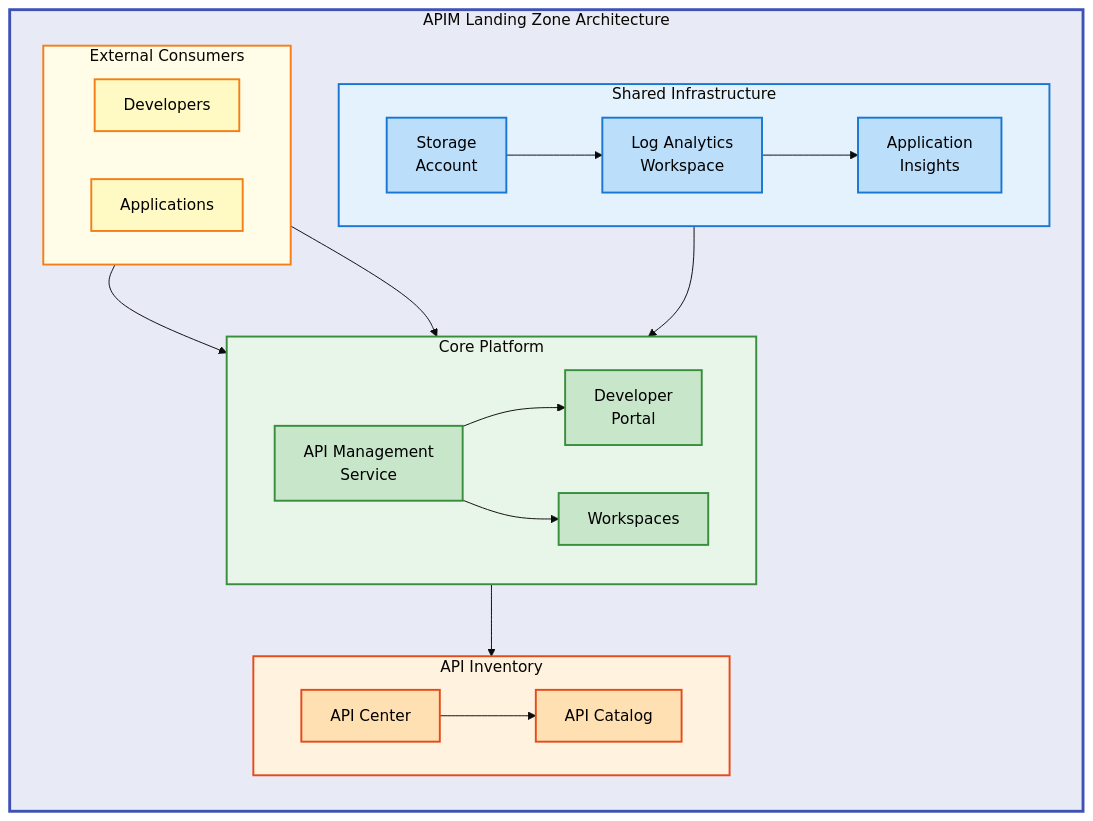
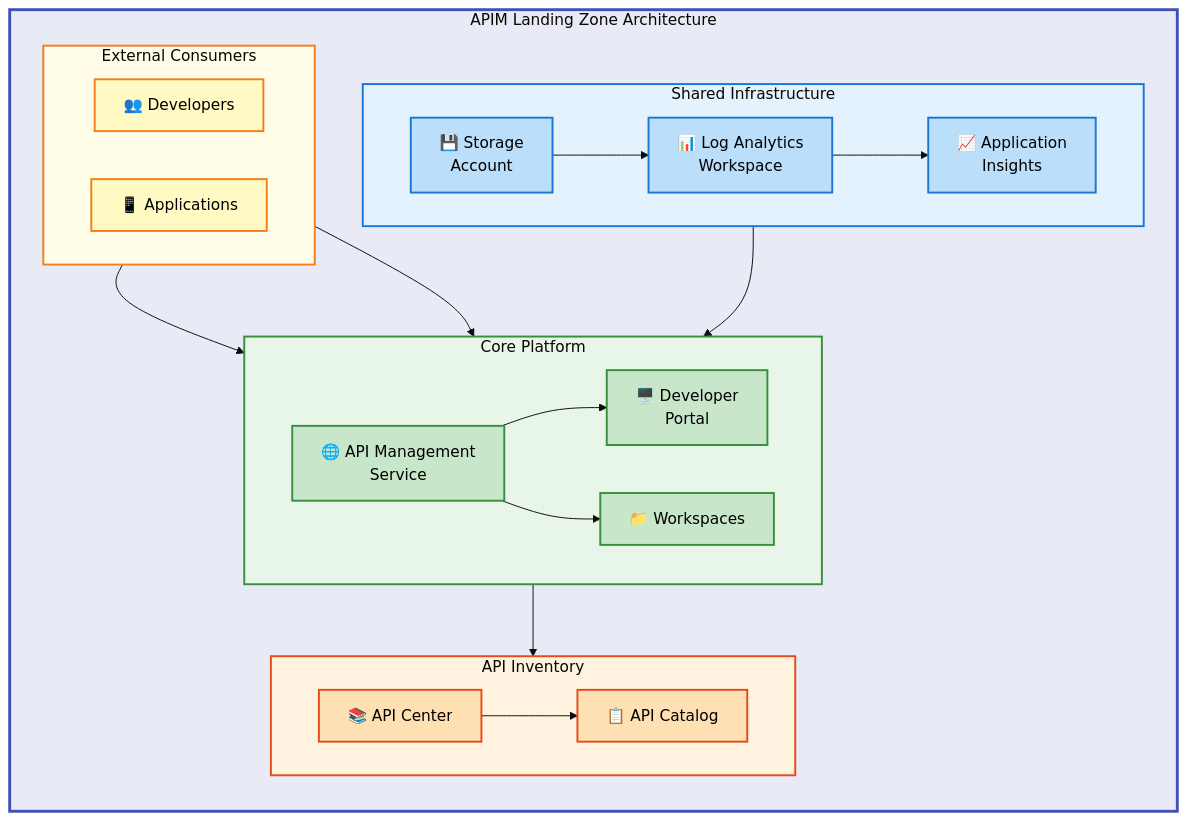
Before and after one commit to Evilazaro/APIM-Accelerator: the diagram in README.md, drawn with Mermaid (base theme).

Commit message:
Enhance architecture diagram in README.md with detailed metadata and improved accessibility features

````diff
--- a/README.md
+++ b/README.md
@@ -38,39 +38,74 @@
 ```mermaid
-%%{init: {"flowchart": {"htmlLabels": false}} }%%
+---
+config:
+  flowchart:
+    htmlLabels: false
+---
 flowchart TB
+    accTitle: APIM Landing Zone Architecture
+    accDescr: Shows the layered architecture of the APIM Accelerator including shared infrastructure, core platform, API inventory, and external consumers with their interconnections
+
+    %% ============================================
+    %% DIAGRAM METADATA
+    %% Title: APIM Landing Zone Architecture
+    %% Purpose: Visualize enterprise API platform components
+    %% Version: 1.0.0 | Updated: 2025-02-05
+    %% ============================================
+
+    %% ============================================
+    %% STANDARD COLOR SCHEME v2.1
+    %% ============================================
+    %% HIERARCHICAL (structural nesting):
+    %%   Level 1: #E8EAF6 (Indigo 50) - Main container
+    %%   Level 2: Semantic colors for functional siblings
+    %% SEMANTIC (functional purpose):
+    %%   Blue=#BBDEFB (Monitoring), Green=#C8E6C9 (Platform)
+    %%   Orange=#FFE0B2 (Governance), Yellow=#FFF9C4 (External)
+    %% ============================================
+
+    %% Full classDef palette (14 required)
+    classDef level1Group fill:#E8EAF6,stroke:#3F51B5,stroke-width:3px,color:#000
+    classDef level2Group fill:#C5CAE9,stroke:#3F51B5,stroke-width:2px,color:#000
+    classDef level3Group fill:#9FA8DA,stroke:#3F51B5,stroke-width:2px,color:#000
+    classDef level4Group fill:#7986CB,stroke:#3F51B5,stroke-width:1px,color:#000
     classDef mainGroup fill:#E8EAF6,stroke:#3F51B5,stroke-width:3px,color:#000
+    classDef subGroup fill:#C5CAE9,stroke:#3F51B5,stroke-width:2px,color:#000
     classDef mdBlue fill:#BBDEFB,stroke:#1976D2,stroke-width:2px,color:#000
     classDef mdGreen fill:#C8E6C9,stroke:#388E3C,stroke-width:2px,color:#000
+    classDef mdYellow fill:#FFF9C4,stroke:#F57F17,stroke-width:2px,color:#000
+    classDef mdRed fill:#FFCDD2,stroke:#D32F2F,stroke-width:2px,color:#000
     classDef mdOrange fill:#FFE0B2,stroke:#E64A19,stroke-width:2px,color:#000
-    classDef mdYellow fill:#FFF9C4,stroke:#F57F17,stroke-width:2px,color:#000
+    classDef mdPurple fill:#E1BEE7,stroke:#7B1FA2,stroke-width:2px,color:#000
+    classDef mdTeal fill:#B2DFDB,stroke:#00796B,stroke-width:2px,color:#000
+    classDef mdGrey fill:#F5F5F5,stroke:#616161,stroke-width:2px,color:#000
 
     subgraph platform["APIM Landing Zone Architecture"]
         direction TB
 
         subgraph shared["Shared Infrastructure"]
             direction LR
-            law["Log Analytics<br/>Workspace"]:::mdBlue
-            appins["Application<br/>Insights"]:::mdBlue
-            storage["Storage<br/>Account"]:::mdBlue
+            law["📊 Log Analytics<br/>Workspace"]:::mdBlue
+            appins["📈 Application<br/>Insights"]:::mdBlue
+            storage["💾 Storage<br/>Account"]:::mdBlue
         end
 
         subgraph core["Core Platform"]
             direction LR
-            apim["API Management<br/>Service"]:::mdGreen
-            portal["Developer<br/>Portal"]:::mdGreen
-            workspaces["Workspaces"]:::mdGreen
+            apim["🌐 API Management<br/>Service"]:::mdGreen
+            portal["🖥️ Developer<br/>Portal"]:::mdGreen
+            workspaces["📁 Workspaces"]:::mdGreen
         end
 
         subgraph inventory["API Inventory"]
             direction LR
-            apicenter["API Center"]:::mdOrange
-            catalog["API Catalog"]:::mdOrange
+            apicenter["📚 API Center"]:::mdOrange
+            catalog["📋 API Catalog"]:::mdOrange
         end
 
         subgraph external["External Consumers"]
             direction LR
-            devs["Developers"]:::mdYellow
-            apps["Applications"]:::mdYellow
+            devs["👥 Developers"]:::mdYellow
+            apps["📱 Applications"]:::mdYellow
         end
 
         law --> appins
@@ -84,9 +119,16 @@
         external --> apim
     end
 
+    %% ============================================
+    %% SUBGRAPH STYLING (5 subgraphs = 5 directives)
+    %% Level 1: Main container uses Indigo 50
+    %% Level 2: Functional siblings use semantic colors
+    %% ============================================
     style platform fill:#E8EAF6,stroke:#3F51B5,stroke-width:3px
     style shared fill:#E3F2FD,stroke:#1976D2,stroke-width:2px
     style core fill:#E8F5E9,stroke:#388E3C,stroke-width:2px
     style inventory fill:#FFF3E0,stroke:#E64A19,stroke-width:2px
     style external fill:#FFFDE7,stroke:#F57F17,stroke-width:2px
+
+    %% Accessibility: WCAG AA verified (4.5:1 contrast ratio)
 ```
````
